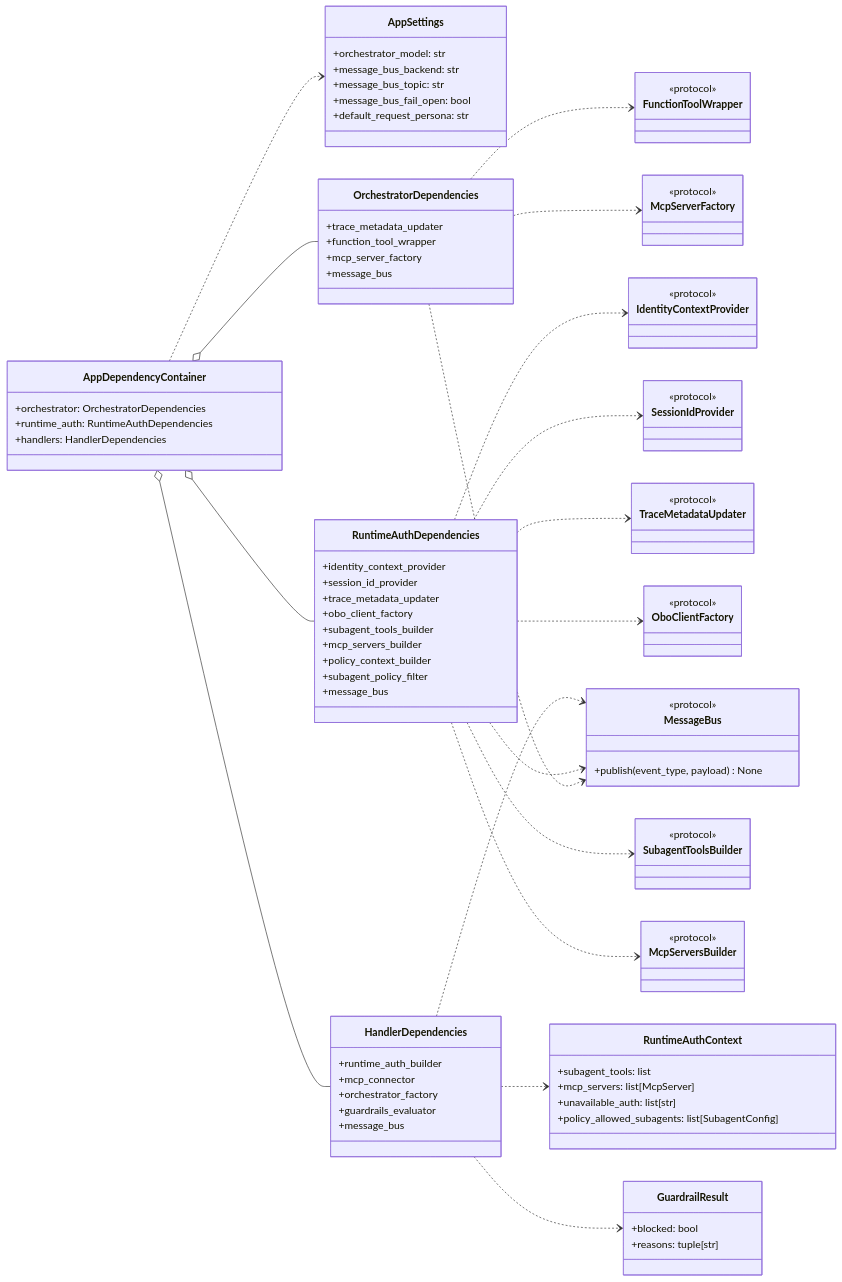
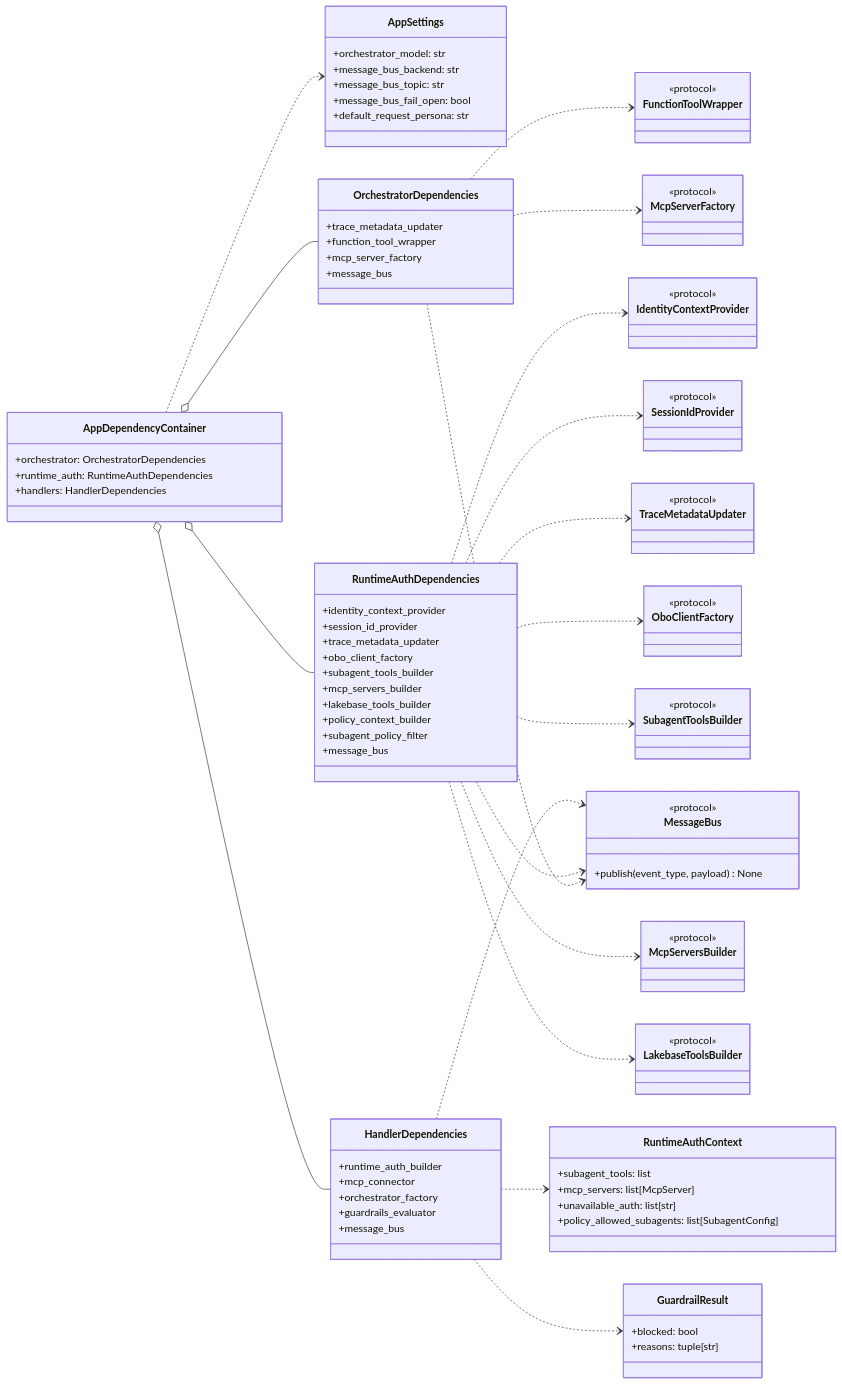
The second of 4 diagrams in docs/architecture/design-artifacts/08-backend-class-diagram-as-is.md (wchen-dea/Governed-Multi-Agent-Intelligence-on-Databricks), drawn with Mermaid before and after one commit. The commit also changed 9 other files, not shown here.

```diff
--- a/docs/architecture/design-artifacts/08-backend-class-diagram-as-is.md
+++ b/docs/architecture/design-artifacts/08-backend-class-diagram-as-is.md
@@ -113,6 +113,7 @@
   +obo_client_factory
   +subagent_tools_builder
   +mcp_servers_builder
+  +lakebase_tools_builder
   +policy_context_builder
   +subagent_policy_filter
   +message_bus
@@ -161,6 +162,9 @@
 class McpServersBuilder {
   <<protocol>>
 }
+class LakebaseToolsBuilder {
+  <<protocol>>
+}
 class FunctionToolWrapper {
   <<protocol>>
 }
@@ -183,6 +187,7 @@
 RuntimeAuthDependencies ..> OboClientFactory
 RuntimeAuthDependencies ..> SubagentToolsBuilder
 RuntimeAuthDependencies ..> McpServersBuilder
+RuntimeAuthDependencies ..> LakebaseToolsBuilder
 RuntimeAuthDependencies ..> MessageBus
 
 HandlerDependencies ..> RuntimeAuthContext
```
